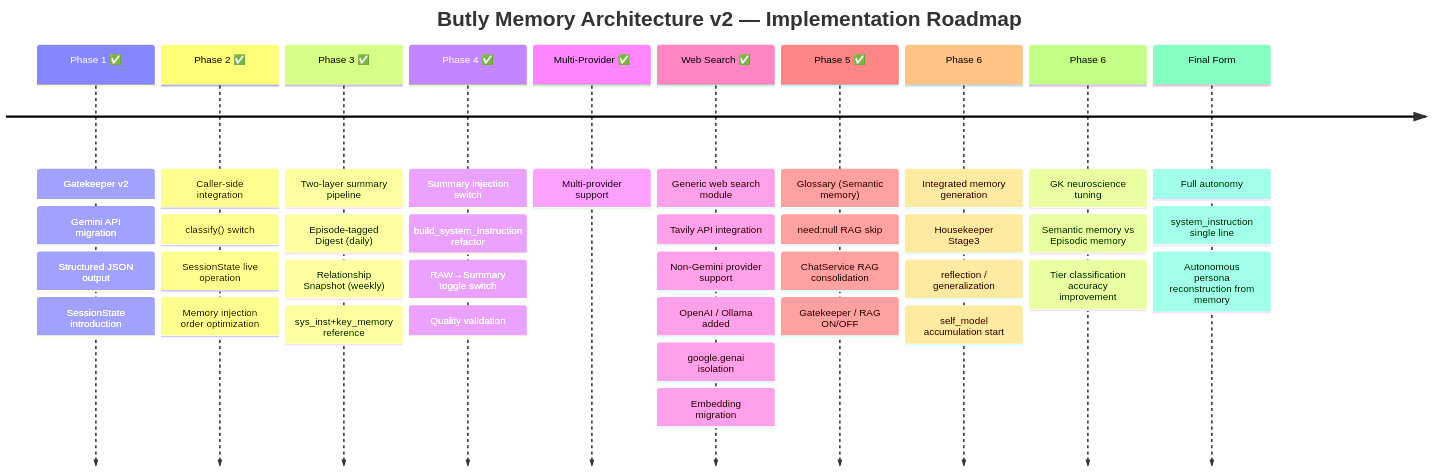
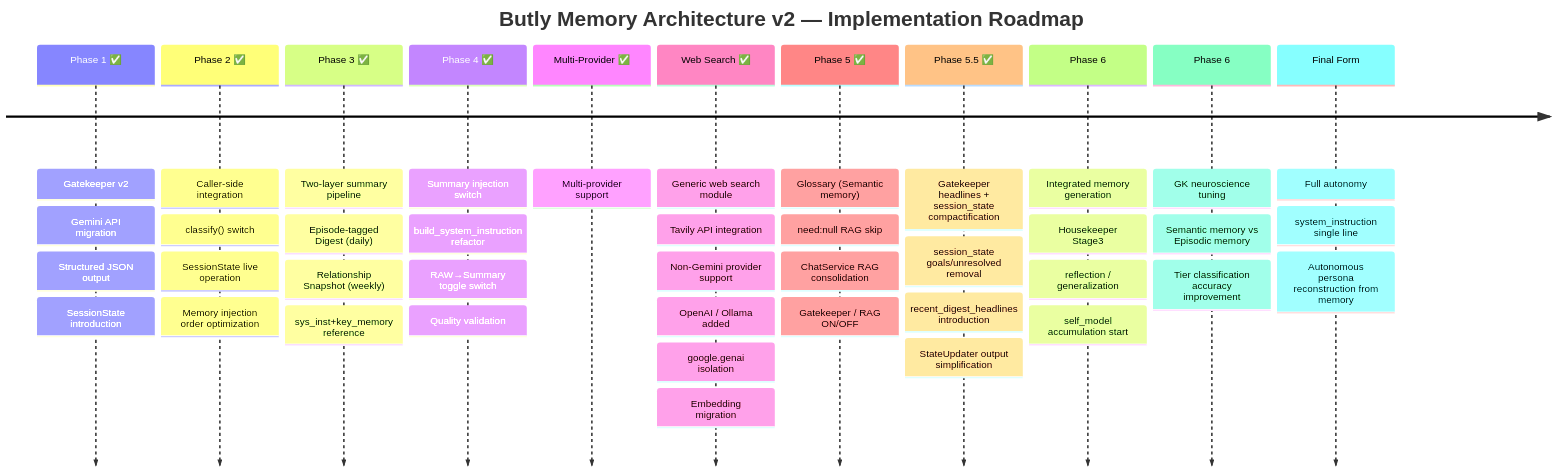
One commit to unagisann/Butly changed the seventh of 7 diagrams in docs/DIAGRAMS.md. Above: the diagram before and after it, drawn with Mermaid. The commit also changed other lines of this file and 22 other files, not shown here.

First line of the commit message:
feat(gatekeeper): Gatekeeper compactification + recent_digest_headlines

````diff
--- a/docs/DIAGRAMS.md
+++ b/docs/DIAGRAMS.md
@@ -185,41 +185,45 @@
 ```mermaid
 timeline
     title Butly Memory Architecture v2 — Implementation Roadmap
     Phase 1 ✅ : Gatekeeper v2
                 : Gemini API migration
                 : Structured JSON output
                 : SessionState introduction
     Phase 2 ✅ : Caller-side integration
                 : classify() switch
                 : SessionState live operation
                 : Memory injection order optimization
     Phase 3 ✅ : Two-layer summary pipeline
                 : Episode-tagged Digest (daily)
                 : Relationship Snapshot (weekly)
                 : sys_inst+key_memory reference
     Phase 4 ✅ : Summary injection switch
              : build_system_instruction refactor
              : RAW→Summary toggle switch
              : Quality validation
     Multi-Provider ✅ : Multi-provider support
     Web Search ✅ : Generic web search module
                   : Tavily API integration
                   : Non-Gemini provider support
              : OpenAI / Ollama added
              : google.genai isolation
              : Embedding migration
     Phase 5 ✅ : Glossary (Semantic memory)
              : need:null RAG skip
              : ChatService RAG consolidation
              : Gatekeeper / RAG ON/OFF
+    Phase 5.5 ✅ : Gatekeeper headlines + session_state compactification
+             : session_state goals/unresolved removal
+             : recent_digest_headlines introduction
+             : StateUpdater output simplification
     Phase 6 : Integrated memory generation
              : Housekeeper Stage3
              : reflection / generalization
              : self_model accumulation start
     Phase 6 : GK neuroscience tuning
              : Semantic memory vs Episodic memory
              : Tier classification accuracy improvement
     Final Form : Full autonomy
                 : system_instruction single line
                 : Autonomous persona reconstruction from memory
 ```
````
